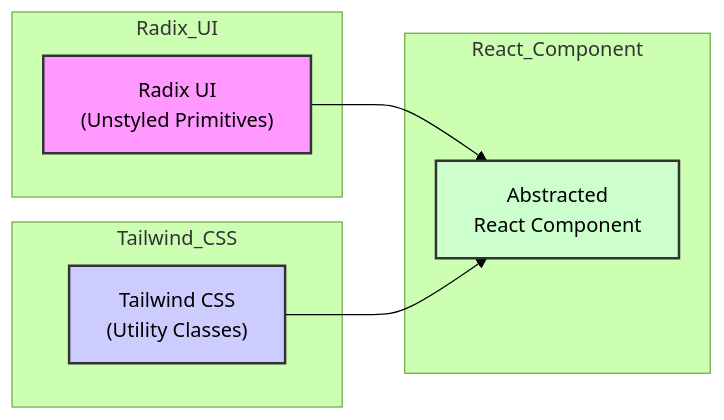
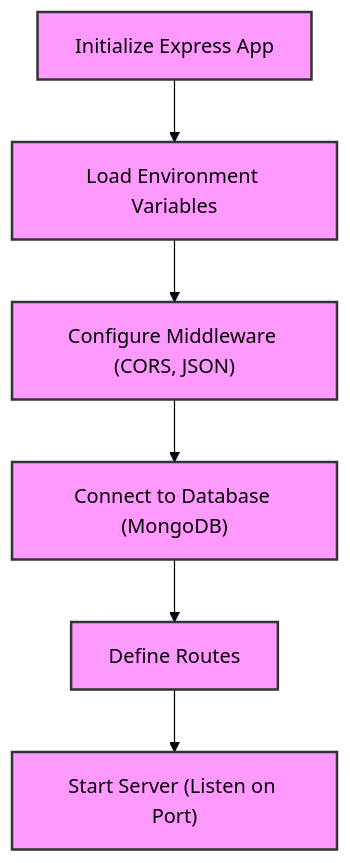
The third of 8 diagrams in README.md (devbh04/testing), drawn with Mermaid (forest theme) before and after one commit. The commit also changed other lines of this file, not shown here.

````diff
--- a/README.md
+++ b/README.md
@@ -1499,17 +379,10 @@
 ```mermaid
-flowchart LR
-    subgraph Radix_UI
-        Radix["Radix UI\n(Unstyled Primitives)"]
-    end
-    subgraph Tailwind_CSS
-        Tailwind["Tailwind CSS\n(Utility Classes)"]
-    end
-    subgraph React_Component
-        Abstracted["Abstracted\nReact Component"]
-    end
-    Radix --> Abstracted
-    Tailwind --> Abstracted
-    style Radix fill:#f9f,stroke:#333,stroke-width:2px
-    style Tailwind fill:#ccf,stroke:#333,stroke-width:2px
-    style Abstracted fill:#cfc,stroke:#333,stroke-width:2px
+flowchart TD
+    A["Initialize Express App"] --> B["Load Environment Variables"];
+    B --> C["Configure Middleware (CORS, JSON)"];
+    C --> D["Connect to Database (MongoDB)"];
+    D --> E["Define Routes"];
+    E --> F["Start Server (Listen on Port)"];
+    classDef concept fill:#f9f,stroke:#333,stroke-width:2px;
+    class A,B,C,D,E,F concept;
 ```
````
